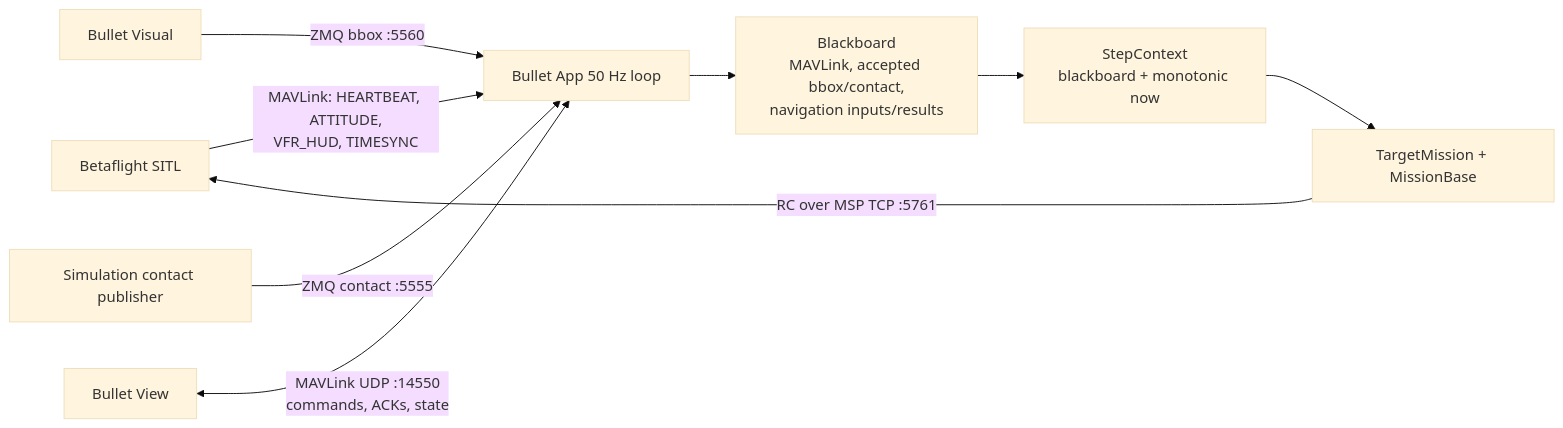
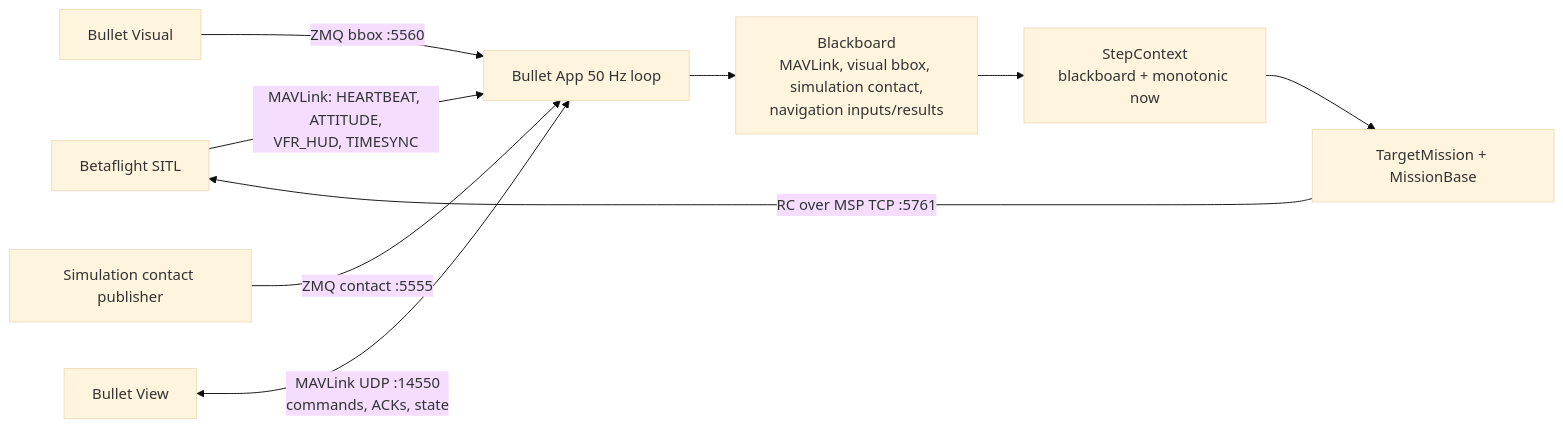
The first of 2 diagrams in docs/target-hit-mission.md (mayaboker/bullet_app), drawn with Mermaid (base theme) before and after one commit. The commit also changed other lines of this file and 25 other files, not shown here.

First line of the commit message:
Implement target tracking-log ownership and separate tracker simulation inputs

````diff
--- a/docs/target-hit-mission.md
+++ b/docs/target-hit-mission.md
@@ -24,11 +24,11 @@
 ```mermaid
 flowchart LR
     FC["Betaflight SITL"] -->|"MAVLink: HEARTBEAT, ATTITUDE,<br/>VFR_HUD, TIMESYNC"| APP["Bullet App 50 Hz loop"]
     VIS["Bullet Visual"] -->|"ZMQ bbox :5560"| APP
     HIT["Simulation contact publisher"] -->|"ZMQ contact :5555"| APP
     VIEW["Bullet View"] <-->|"MAVLink UDP :14550<br/>commands, ACKs, state"| APP
-    APP --> BB["Blackboard<br/>MAVLink, accepted bbox/contact,<br/>navigation inputs/results"]
+    APP --> BB["Blackboard<br/>MAVLink, visual bbox, simulation contact,<br/>navigation inputs/results"]
     BB --> CTX["StepContext<br/>blackboard + monotonic now"]
     CTX --> MISSION["TargetMission + MissionBase"]
     MISSION -->|"RC over MSP TCP :5761"| FC
 ```
````
